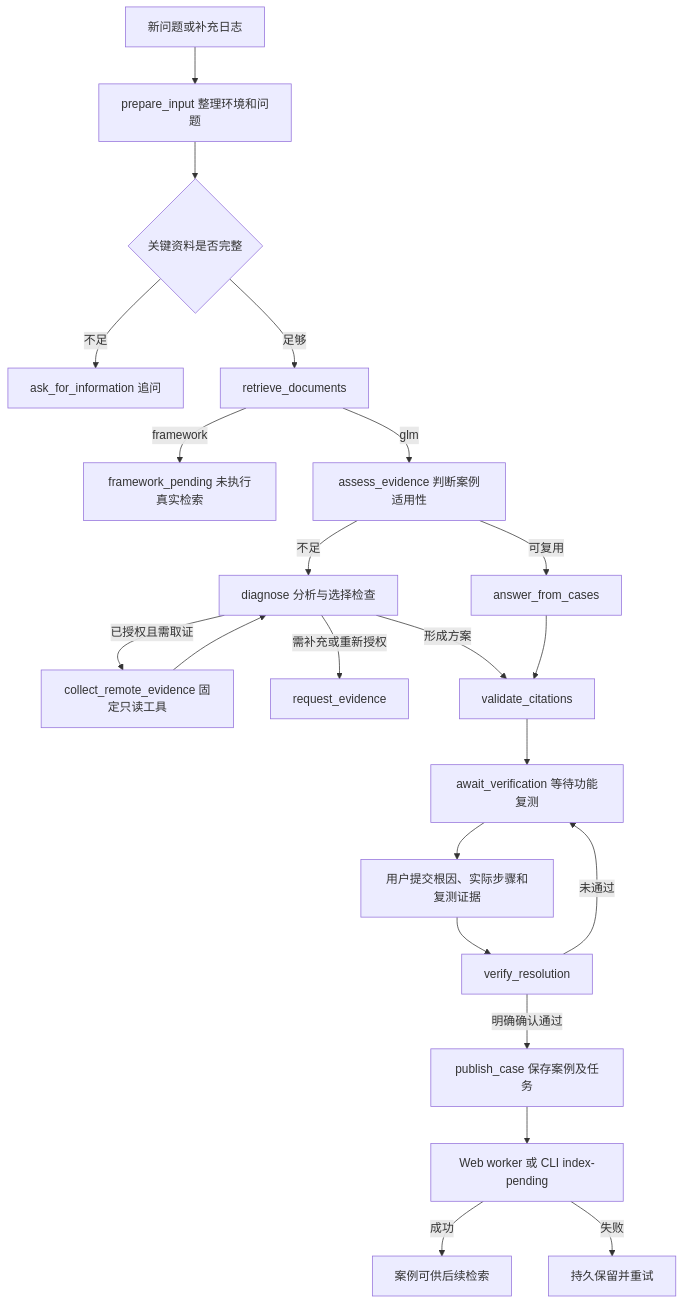
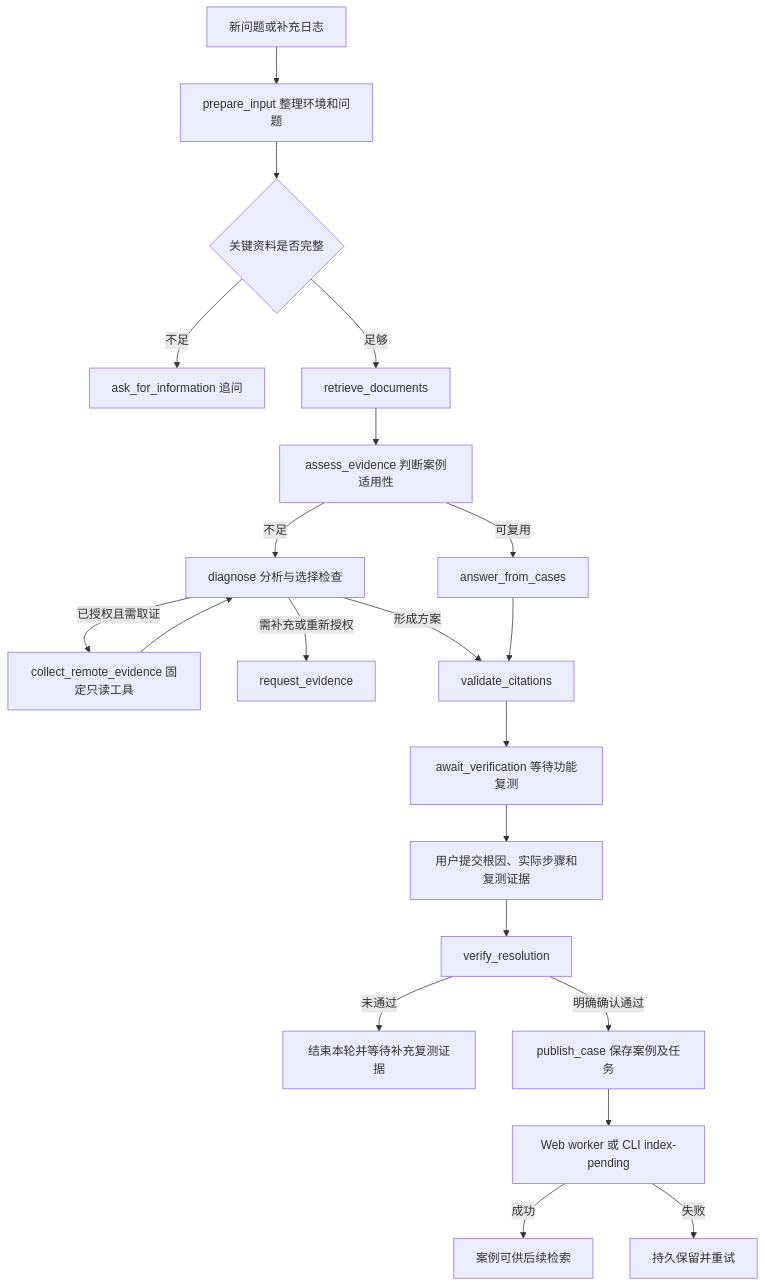
Before and after one commit to sanderfei/ANDREW: the diagram in 7_private_deployment_assistant/docs/assistant-workflow.md, drawn with Mermaid. The commit also changed other lines of this file and 9 other files, not shown here.

````diff
--- a/7_private_deployment_assistant/docs/assistant-workflow.md
+++ b/7_private_deployment_assistant/docs/assistant-workflow.md
@@ -38,24 +38,23 @@
 ```mermaid
 flowchart TD
     A[新问题或补充日志] --> B[prepare_input 整理环境和问题]
     B --> C{关键资料是否完整}
     C -->|不足| D[ask_for_information 追问]
     C -->|足够| E[retrieve_documents]
-    E -->|framework| F[framework_pending 未执行真实检索]
-    E -->|glm| G[assess_evidence 判断案例适用性]
+    E --> G[assess_evidence 判断案例适用性]
     G -->|可复用| H[answer_from_cases]
     G -->|不足| I[diagnose 分析与选择检查]
     I -->|已授权且需取证| J[collect_remote_evidence 固定只读工具]
     J --> I
     I -->|需补充或重新授权| K[request_evidence]
     I -->|形成方案| L[validate_citations]
     H --> L
     L --> M[await_verification 等待功能复测]
     M --> N[用户提交根因、实际步骤和复测证据]
     N --> O[verify_resolution]
-    O -->|未通过| M
+    O -->|未通过| T[结束本轮并等待补充复测证据]
     O -->|明确确认通过| P[publish_case 保存案例及任务]
     P --> Q[Web worker 或 CLI index-pending]
     Q -->|成功| R[案例可供后续检索]
     Q -->|失败| S[持久保留并重试]
 ```
````
